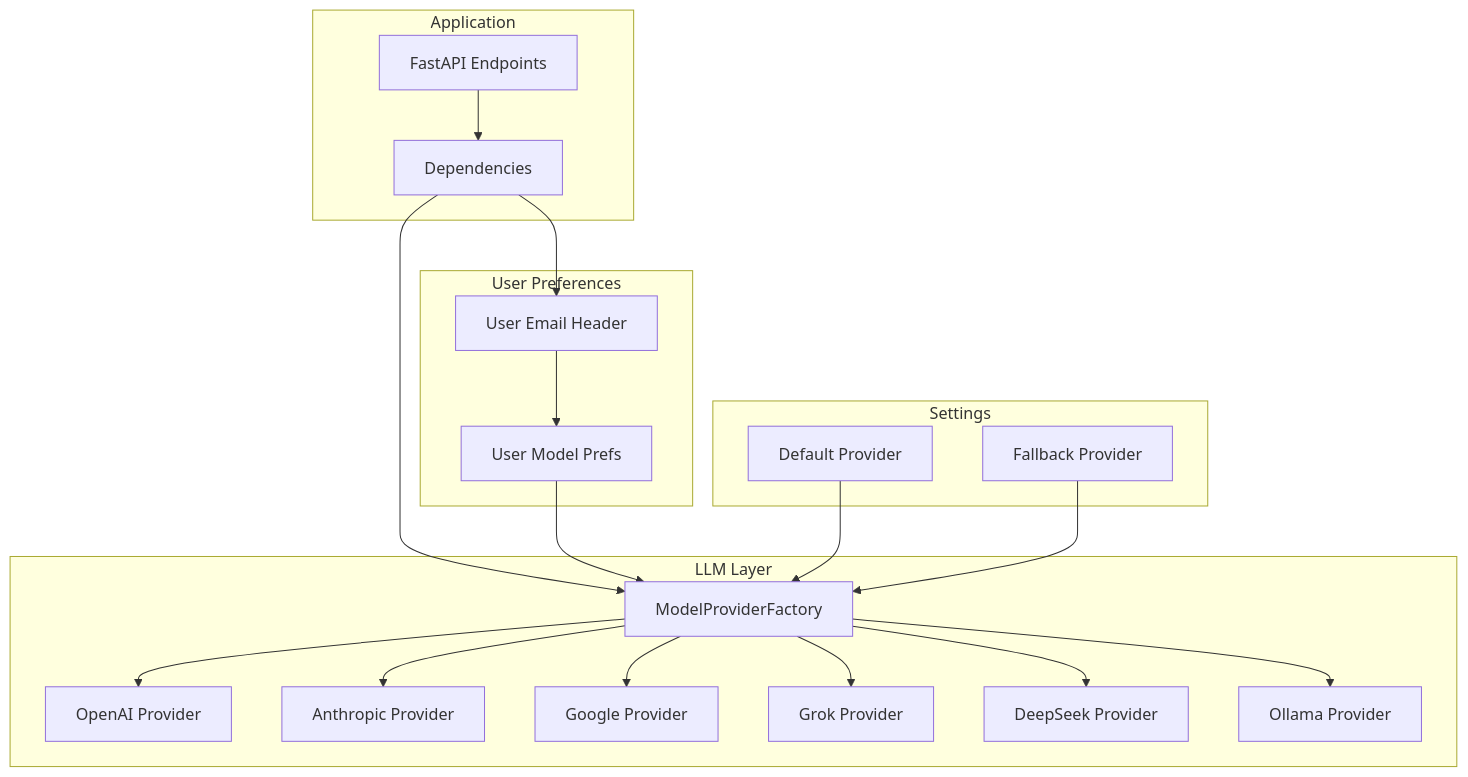
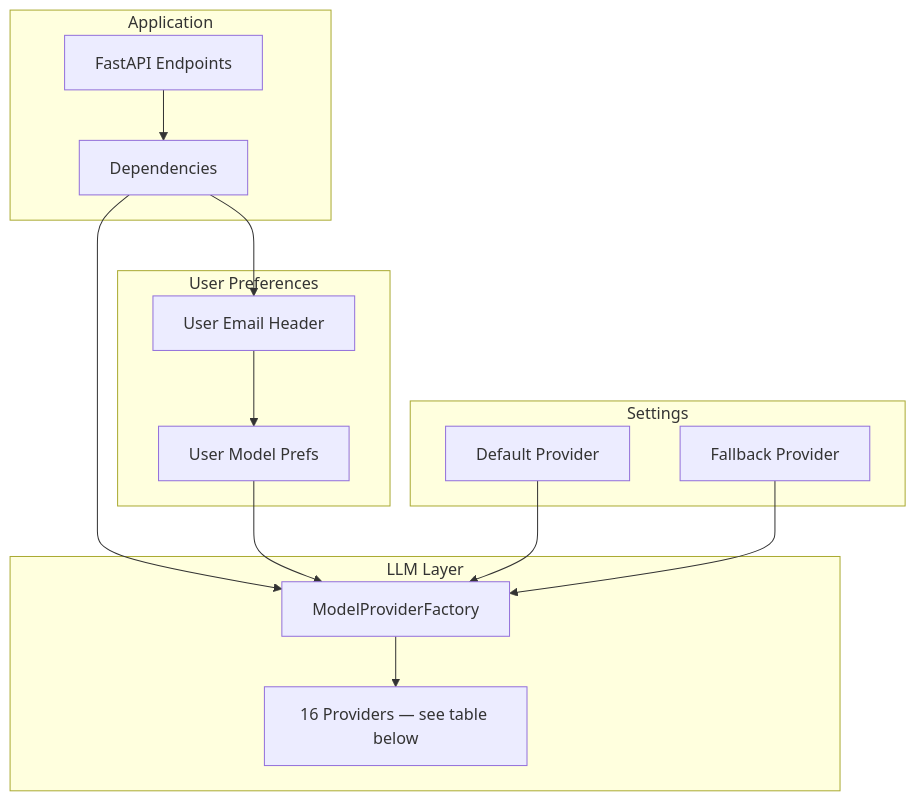
One commit to xtoshi999/Real-Estate-AI_Assistant changed the first of 2 diagrams in docs/architecture/llm-integration.md. Above: the diagram before and after it, drawn with Mermaid. The commit also changed other lines of this file and 2 other files, not shown here.

First line of the commit message:
docs(architecture): refresh README + llm-integration.md to 16-provider reality

````diff
--- a/docs/architecture/llm-integration.md
+++ b/docs/architecture/llm-integration.md
@@ -11,44 +11,34 @@
 ```mermaid
 graph TB
     subgraph Application
         A[FastAPI Endpoints]
         B[Dependencies]
     end
 
     subgraph LLM Layer
         C[ModelProviderFactory]
-        D[OpenAI Provider]
-        E[Anthropic Provider]
-        F[Google Provider]
-        G[Grok Provider]
-        H[DeepSeek Provider]
-        I[Ollama Provider]
+        D[16 Providers — see table below]
     end
 
     subgraph User Preferences
         J[User Email Header]
         K[User Model Prefs]
     end
 
     subgraph Settings
         L[Default Provider]
         M[Fallback Provider]
     end
 
     A --> B
     B --> C
     B --> J
 
     J --> K
     K --> C
 
     C --> D
-    C --> E
-    C --> F
-    C --> G
-    C --> H
-    C --> I
 
     L --> C
     M --> C
 ```
````
